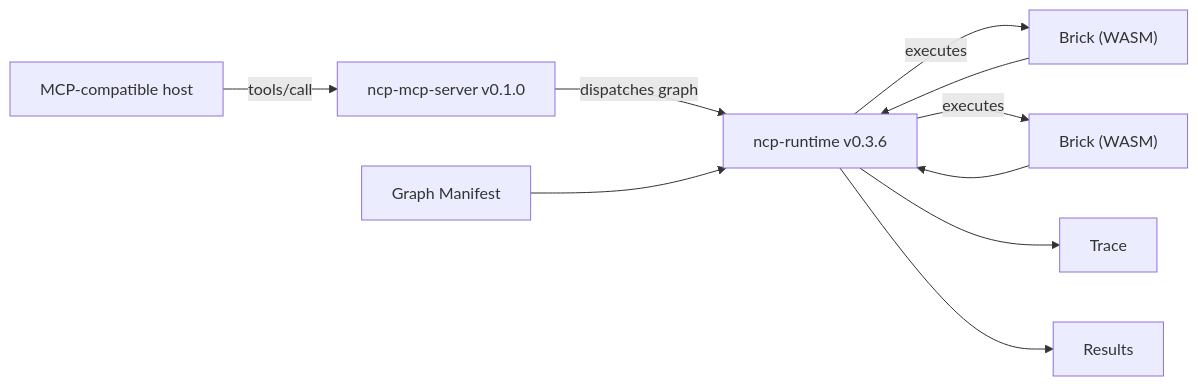
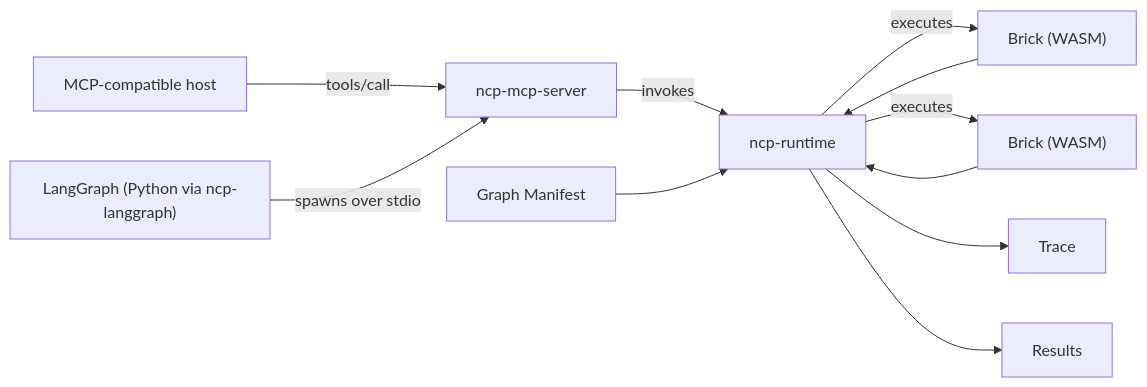
Before and after one commit to madeinplutofabio/neural-computation-protocol: the diagram in README.md, drawn with Mermaid.

First paragraph of the commit message:
docs(readme): polish architecture diagram (drop version pins, add LangGraph path, soften wording)
Three surgical edits to the Mermaid diagram added by PR #50 (closes
#3, by @xzlknr). The diagram structure is preserved; only specific
labels and one edge label change.

````diff
--- a/README.md
+++ b/README.md
@@ -45,12 +45,13 @@
 ```mermaid
 flowchart LR
-  Host["MCP-compatible host"] -->|tools/call| Server["ncp-mcp-server v0.1.0"]
-  Server -->|dispatches graph| Runtime["ncp-runtime v0.3.6"]
+  Host["MCP-compatible host"] -->|tools/call| Server["ncp-mcp-server"]
+  LangGraph["LangGraph (Python via ncp-langgraph)"] -->|spawns over stdio| Server
+  Server -->|invokes| Runtime["ncp-runtime"]
   Manifest["Graph Manifest"] --> Runtime
   Runtime -->|executes| BrickA["Brick (WASM)"]
   Runtime -->|executes| BrickB["Brick (WASM)"]
   BrickA --> Runtime
   BrickB --> Runtime
   Runtime --> Trace["Trace"]
   Runtime --> Results["Results"]
 ```
````
